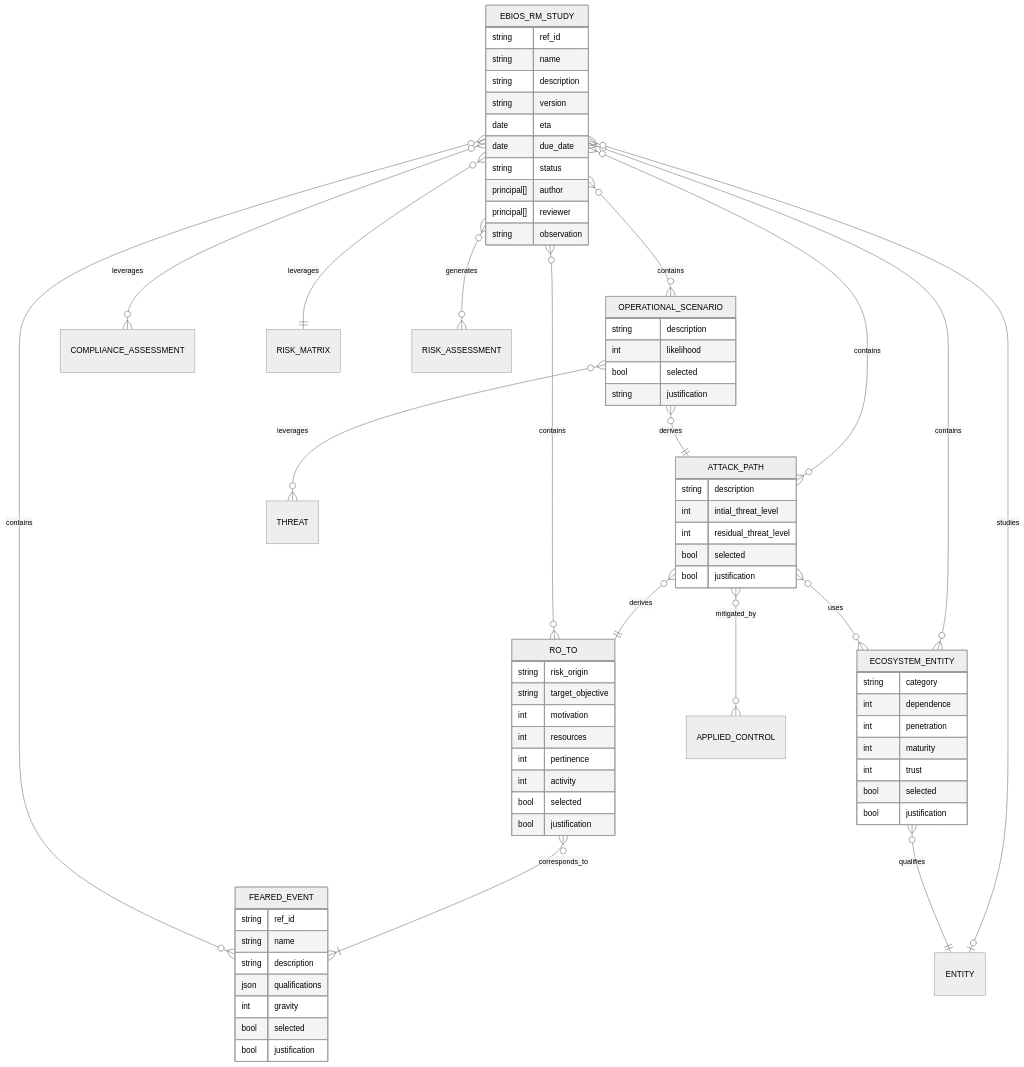
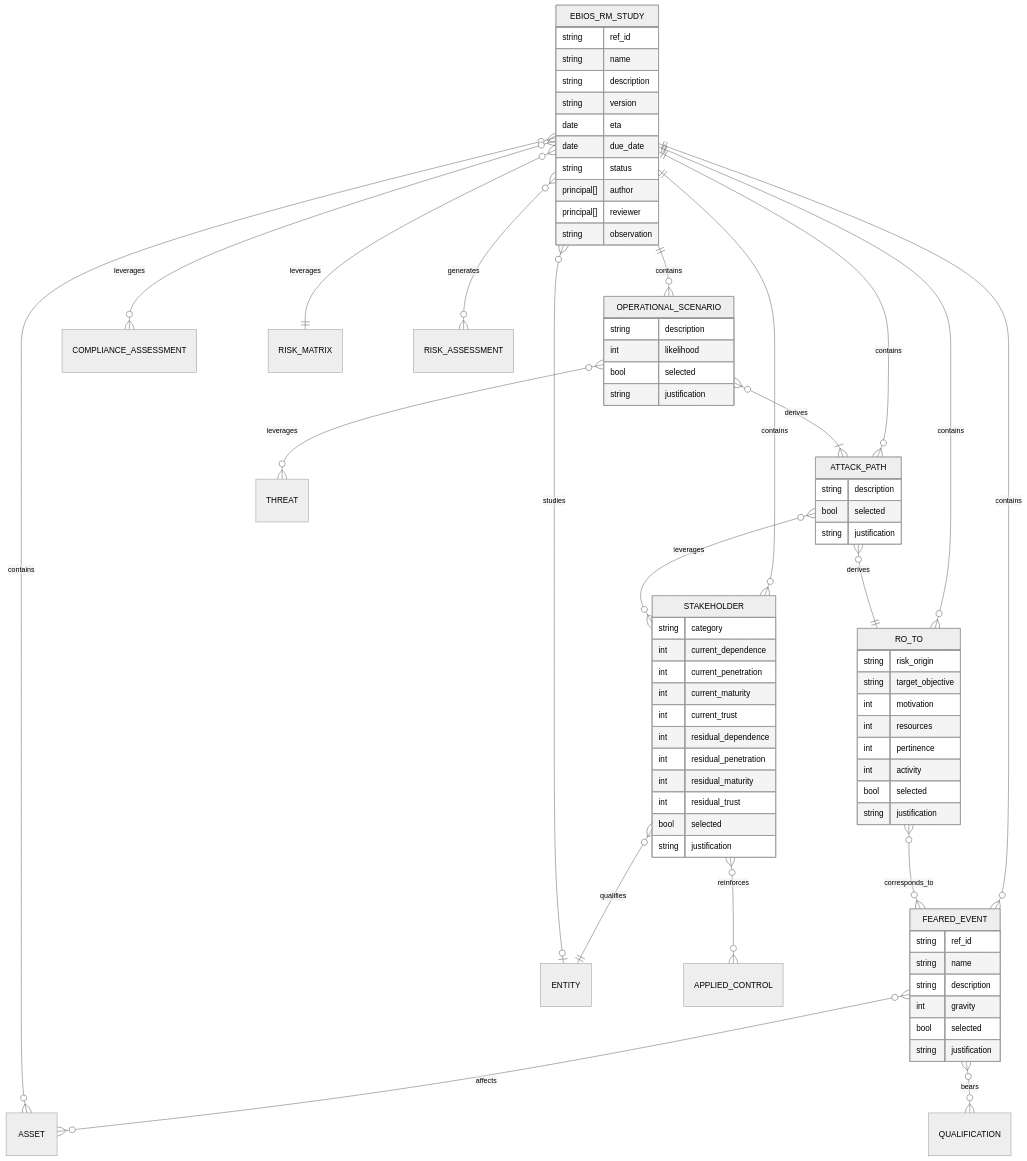
Before and after one commit to intuitem/ciso-assistant-community: the tenth of 10 diagrams in documentation/architecture/data-model.md, drawn with Mermaid (neutral theme). The commit also changed other lines of this file, not shown here.

Commit message:
Update data-model.md for ebios-rm (v3) (#1105)

````diff
--- a/documentation/architecture/data-model.md
+++ b/documentation/architecture/data-model.md
@@ -1257,22 +1278,25 @@
 ```mermaid
 erDiagram
 
-    ATTACK_PATH           }o--|| RO_TO                : derives
-    RO_TO                 }o--|{ FEARED_EVENT         : corresponds_to
-    EBIOS_RM_STUDY        }o--o{ RO_TO                : contains
-    EBIOS_RM_STUDY        }o--o{ ECOSYSTEM_ENTITY     : contains
-    EBIOS_RM_STUDY        }o--o{ OPERATIONAL_SCENARIO : contains
-    EBIOS_RM_STUDY        }o--o{ FEARED_EVENT         : contains
-    EBIOS_RM_STUDY        }o--o{ ATTACK_PATH          : contains
+    FEARED_EVENT          }o--o{ ASSET                : affects
+    STAKEHOLDER           }o--|| ENTITY               : qualifies
+    EBIOS_RM_STUDY        ||--o{ RO_TO                : contains
+    EBIOS_RM_STUDY        ||--o{ STAKEHOLDER          : contains
+    EBIOS_RM_STUDY        ||--o{ OPERATIONAL_SCENARIO : contains
+    EBIOS_RM_STUDY        ||--o{ FEARED_EVENT         : contains
+    EBIOS_RM_STUDY        ||--o{ ATTACK_PATH          : contains
+    EBIOS_RM_STUDY        }o--o{ ASSET                : contains
     EBIOS_RM_STUDY        }o--o| ENTITY               : studies
     EBIOS_RM_STUDY        }o--o{ COMPLIANCE_ASSESSMENT: leverages
     EBIOS_RM_STUDY        }o--|| RISK_MATRIX          : leverages
     EBIOS_RM_STUDY        }o--o{ RISK_ASSESSMENT      : generates
-    OPERATIONAL_SCENARIO  }o--|| ATTACK_PATH          : derives
+    ATTACK_PATH           }o--|| RO_TO                : derives
+    RO_TO                 }o--o{ FEARED_EVENT         : corresponds_to
+    OPERATIONAL_SCENARIO  }o--|{ ATTACK_PATH          : derives
     OPERATIONAL_SCENARIO  }o--o{ THREAT               : leverages
-    ATTACK_PATH           }o--o{ ECOSYSTEM_ENTITY     : uses
-    ATTACK_PATH           }o--o{ APPLIED_CONTROL      : mitigated_by
-    ECOSYSTEM_ENTITY      }o--|| ENTITY               : qualifies
+    ATTACK_PATH           }o--o{ STAKEHOLDER          : leverages
+    STAKEHOLDER           }o--o{ APPLIED_CONTROL      : reinforces
+    FEARED_EVENT          }o--o{ QUALIFICATION        : bears
 
     EBIOS_RM_STUDY {
         string      ref_id
@@ -1292,10 +1316,9 @@
         string ref_id
         string name
         string description
-        json   qualifications
         int    gravity
         bool   selected
-        bool   justification
+        string justification
     }
 
     RO_TO {
@@ -1306,25 +1329,27 @@
         int    pertinence
         int    activity
         bool   selected
-        bool   justification
+        string justification
     }
 
-    ECOSYSTEM_ENTITY {
+    STAKEHOLDER {
         string category
-        int    dependence
-        int    penetration
-        int    maturity
-        int    trust
+        int    current_dependence
+        int    current_penetration
+        int    current_maturity
+        int    current_trust
+        int    residual_dependence
+        int    residual_penetration
+        int    residual_maturity
+        int    residual_trust
         bool   selected
-        bool   justification
+        string justification
     }
 
     ATTACK_PATH {
         string description
-        int    intial_threat_level
-        int    residual_threat_level
         bool   selected
-        bool   justification
+        string justification
     }
 
     OPERATIONAL_SCENARIO {
````
